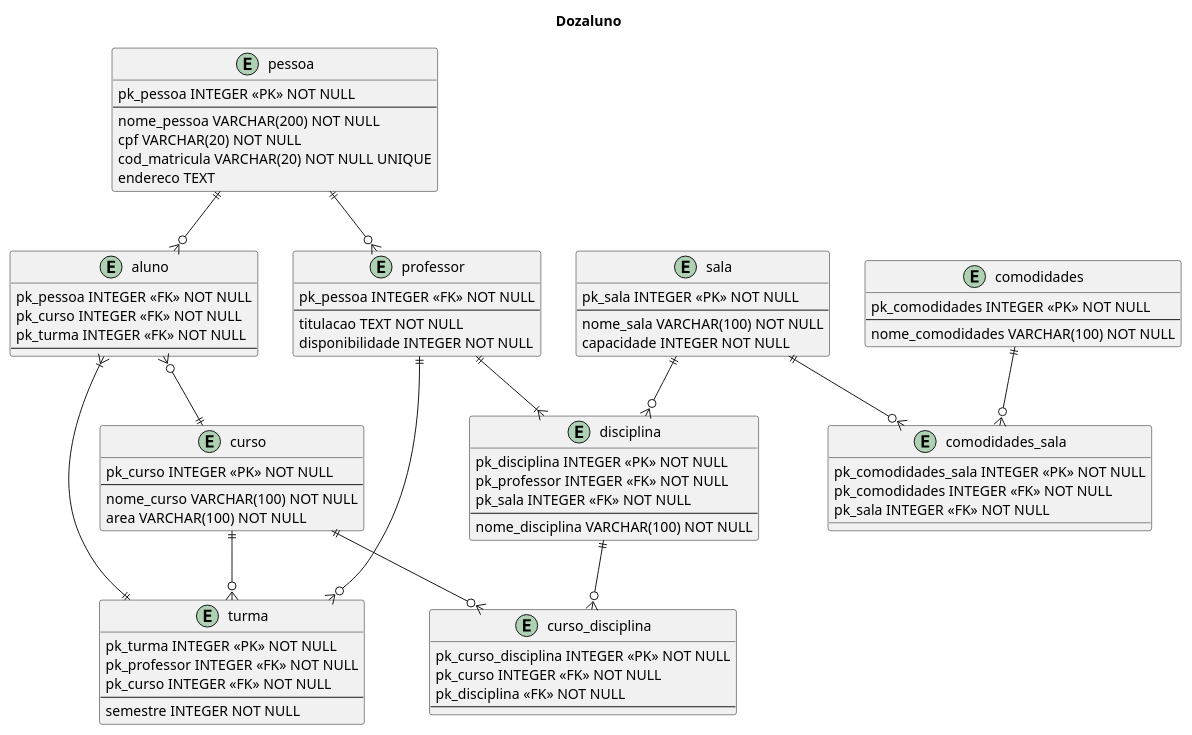
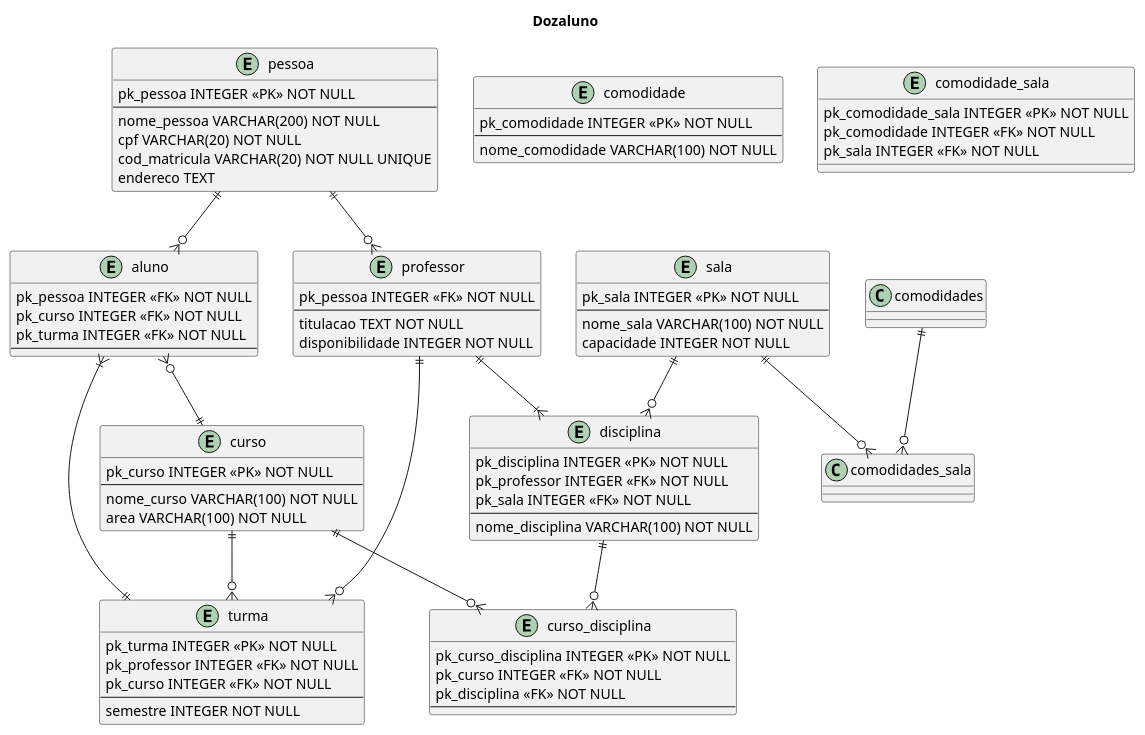
Before and after one commit to galaticghost/NovaGuieqKlarrind: the diagram in ferias_nestor/dozaluno/modelagemLogica.wsd, drawn with PlantUML. The commit also changed 17 other files, not shown here.

```diff
--- a/ferias_nestor/dozaluno/modelagemLogica.wsd
+++ b/ferias_nestor/dozaluno/modelagemLogica.wsd
@@ -1,97 +1,97 @@
 @startuml Dozaluno
 
 title Dozaluno
 
 entity pessoa{
     pk_pessoa INTEGER <<PK>> NOT NULL
     --
     nome_pessoa VARCHAR(200) NOT NULL
     cpf VARCHAR(20) NOT NULL
     cod_matricula VARCHAR(20) NOT NULL UNIQUE
     endereco TEXT
 }
 
 entity aluno{
     pk_pessoa INTEGER <<FK>> NOT NULL
     pk_curso INTEGER <<FK>> NOT NULL
     pk_turma INTEGER <<FK>> NOT NULL
     --
 }
 
 entity professor{
     pk_pessoa INTEGER <<FK>> NOT NULL
     --
     titulacao TEXT NOT NULL
     disponibilidade INTEGER NOT NULL
 }
 
 entity curso{
     pk_curso INTEGER <<PK>> NOT NULL
     --
     nome_curso VARCHAR(100) NOT NULL
     area VARCHAR(100) NOT NULL
 }
 
 entity disciplina{
     pk_disciplina INTEGER <<PK>> NOT NULL
     pk_professor INTEGER <<FK>> NOT NULL
     pk_sala INTEGER <<FK>> NOT NULL 
     --
     nome_disciplina VARCHAR(100) NOT NULL
 }
 
 entity curso_disciplina{
     pk_curso_disciplina INTEGER <<PK>> NOT NULL
     pk_curso INTEGER <<FK>> NOT NULL
     pk_disciplina <<FK>> NOT NULL
     --
 }
 
 entity sala{
     pk_sala INTEGER <<PK>> NOT NULL
     --
     nome_sala VARCHAR(100) NOT NULL
     capacidade INTEGER NOT NULL
 }
 
 entity turma{
     pk_turma INTEGER <<PK>> NOT NULL
     pk_professor INTEGER <<FK>> NOT NULL
     pk_curso INTEGER <<FK>> NOT NULL
     --
     semestre INTEGER NOT NULL
 }
 
-entity comodidades{
-    pk_comodidades INTEGER <<PK>> NOT NULL
+entity comodidade{
+    pk_comodidade INTEGER <<PK>> NOT NULL
     --
-    nome_comodidades VARCHAR(100) NOT NULL
+    nome_comodidade VARCHAR(100) NOT NULL
 }
 
-entity comodidades_sala{
-    pk_comodidades_sala INTEGER <<PK>> NOT NULL
-    pk_comodidades INTEGER <<FK>> NOT NULL
+entity comodidade_sala{
+    pk_comodidade_sala INTEGER <<PK>> NOT NULL
+    pk_comodidade INTEGER <<FK>> NOT NULL
     pk_sala INTEGER <<FK>> NOT NULL
 }
 
 
 pessoa ||--o{ aluno
 pessoa ||--o{ professor
 aluno }o--|| curso
 
 curso ||--o{ curso_disciplina
 disciplina ||--o{ curso_disciplina
 
 comodidades  ||--o{ comodidades_sala
 sala ||--o{ comodidades_sala
 
 sala ||--o{ disciplina
 
 professor ||--o{ turma
 professor ||--|{ disciplina
 
 aluno }|--|| turma
 
 curso ||--o{ turma
 
 @enduml 
```
